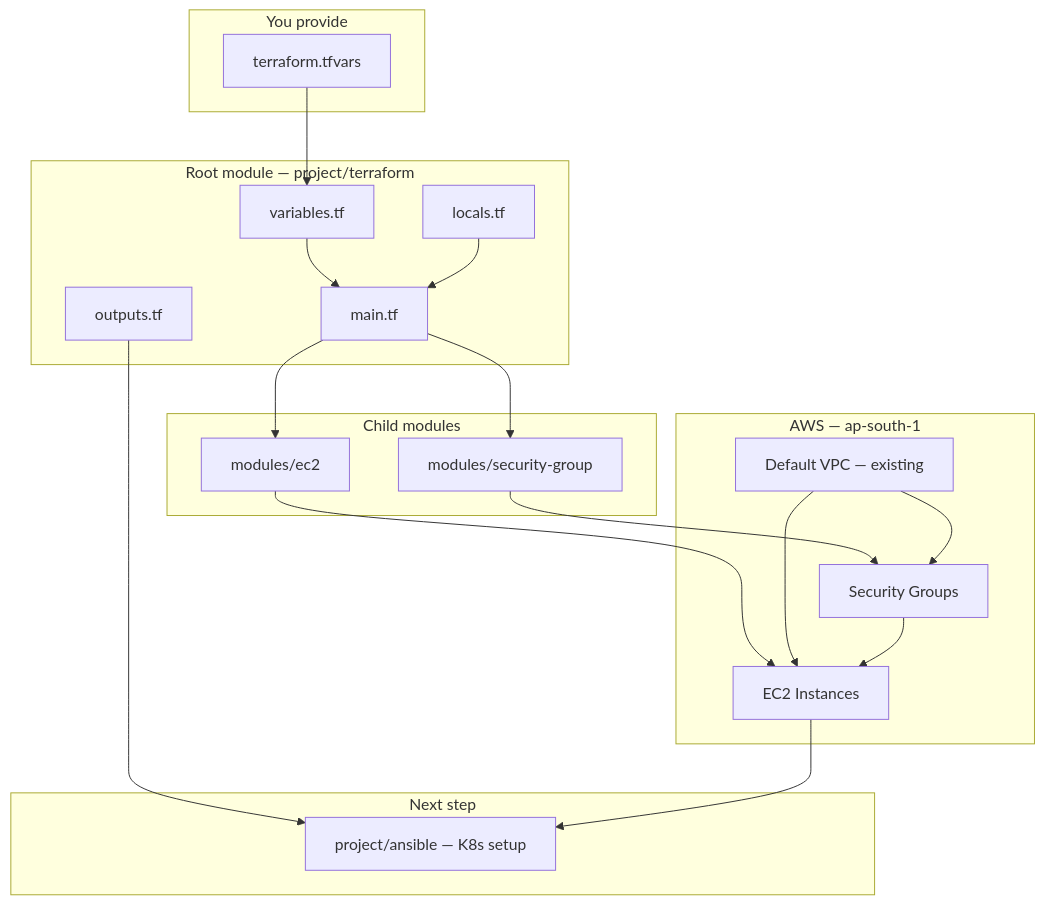
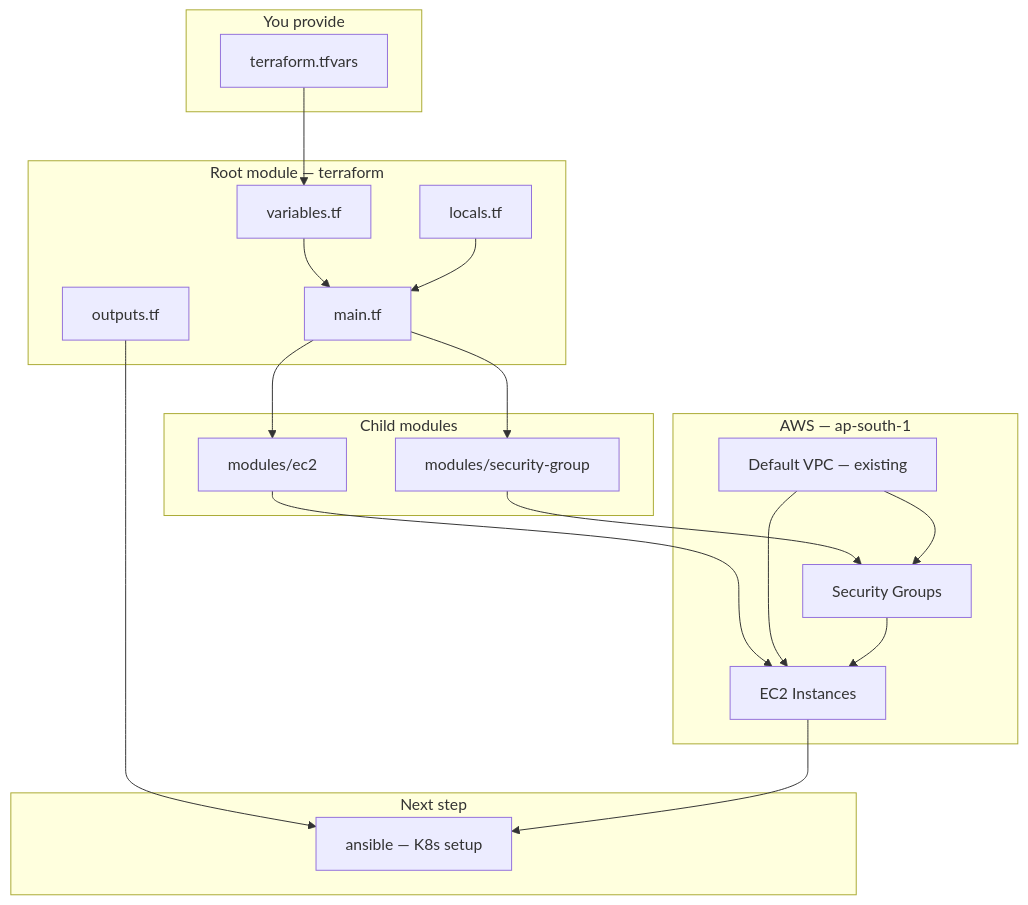
Before and after one commit to Ashmit-Gupta/Scopify-Server: the first of 2 diagrams in terraform/flow.md, drawn with Mermaid. The commit also changed other lines of this file and 45 other files, not shown here.

````diff
--- a/terraform/flow.md
+++ b/terraform/flow.md
@@ -21,41 +21,41 @@
 ```mermaid
 flowchart TB
   subgraph inputs [You provide]
     TFVARS[terraform.tfvars]
   end
 
-  subgraph root [Root module — project/terraform]
+  subgraph root [Root module — terraform]
     VARS[variables.tf]
     LOCALS[locals.tf]
     MAIN[main.tf]
     OUT[outputs.tf]
   end
 
   subgraph modules [Child modules]
     SG[modules/security-group]
     EC2[modules/ec2]
   end
 
   subgraph aws [AWS — ap-south-1]
     VPC[Default VPC — existing]
     SG_AWS[Security Groups]
     EC2_AWS[EC2 Instances]
   end
 
   subgraph next [Next step]
-    ANS[project/ansible — K8s setup]
+    ANS[ansible — K8s setup]
   end
 
   TFVARS --> VARS
   VARS --> MAIN
   LOCALS --> MAIN
   MAIN --> SG
   MAIN --> EC2
   SG --> SG_AWS
   EC2 --> EC2_AWS
   VPC --> SG_AWS
   VPC --> EC2_AWS
   SG_AWS --> EC2_AWS
   OUT --> ANS
   EC2_AWS --> ANS
 ```
````
